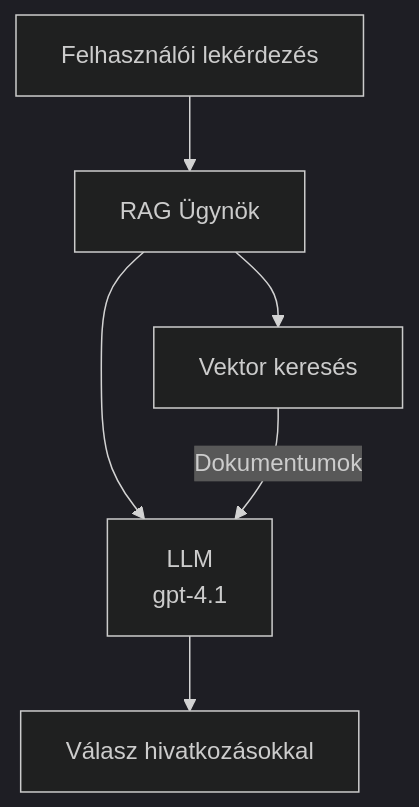
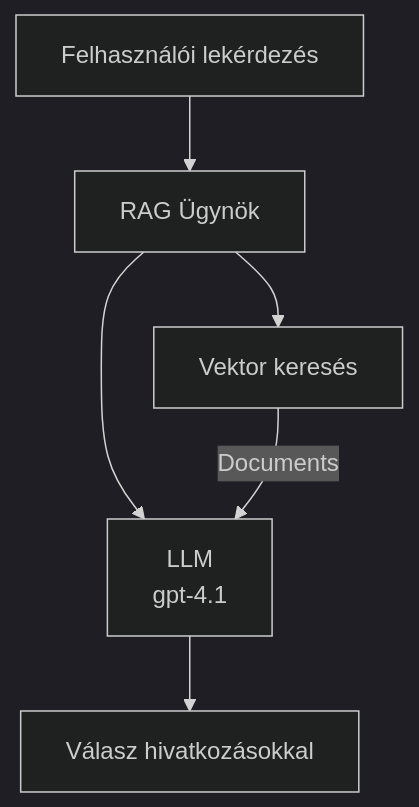
Before and after one commit to microsoft/AZD-for-beginners: the second of 3 diagrams in translations/hu/docs/chapter-02-ai-development/agents.md, drawn with Mermaid (dark theme). The commit also changed other lines of this file and 61 other files, not shown here.

````diff
--- a/translations/hu/docs/chapter-02-ai-development/agents.md
+++ b/translations/hu/docs/chapter-02-ai-development/agents.md
@@ -181,8 +181,8 @@
 ```mermaid
 graph TD
     Query[Felhasználói lekérdezés] --> RAG[RAG Ügynök]
     RAG --> Vector[Vektor keresés]
     RAG --> LLM[LLM<br/>gpt-4.1]
-    Vector -- Dokumentumok --> LLM
+    Vector -- Documents --> LLM
     LLM --> Response[Válasz hivatkozásokkal]
 ```
````
